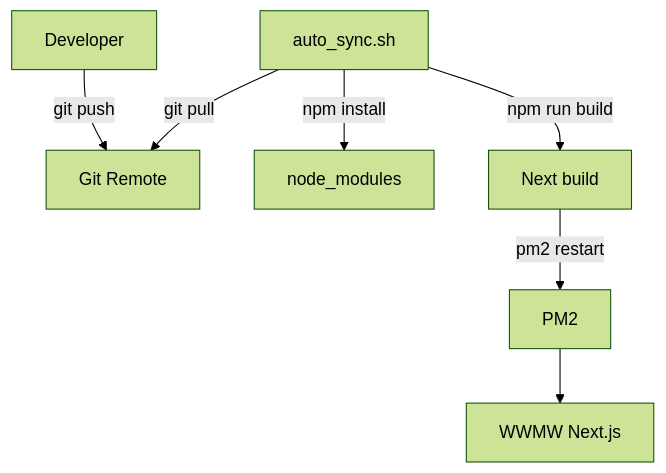
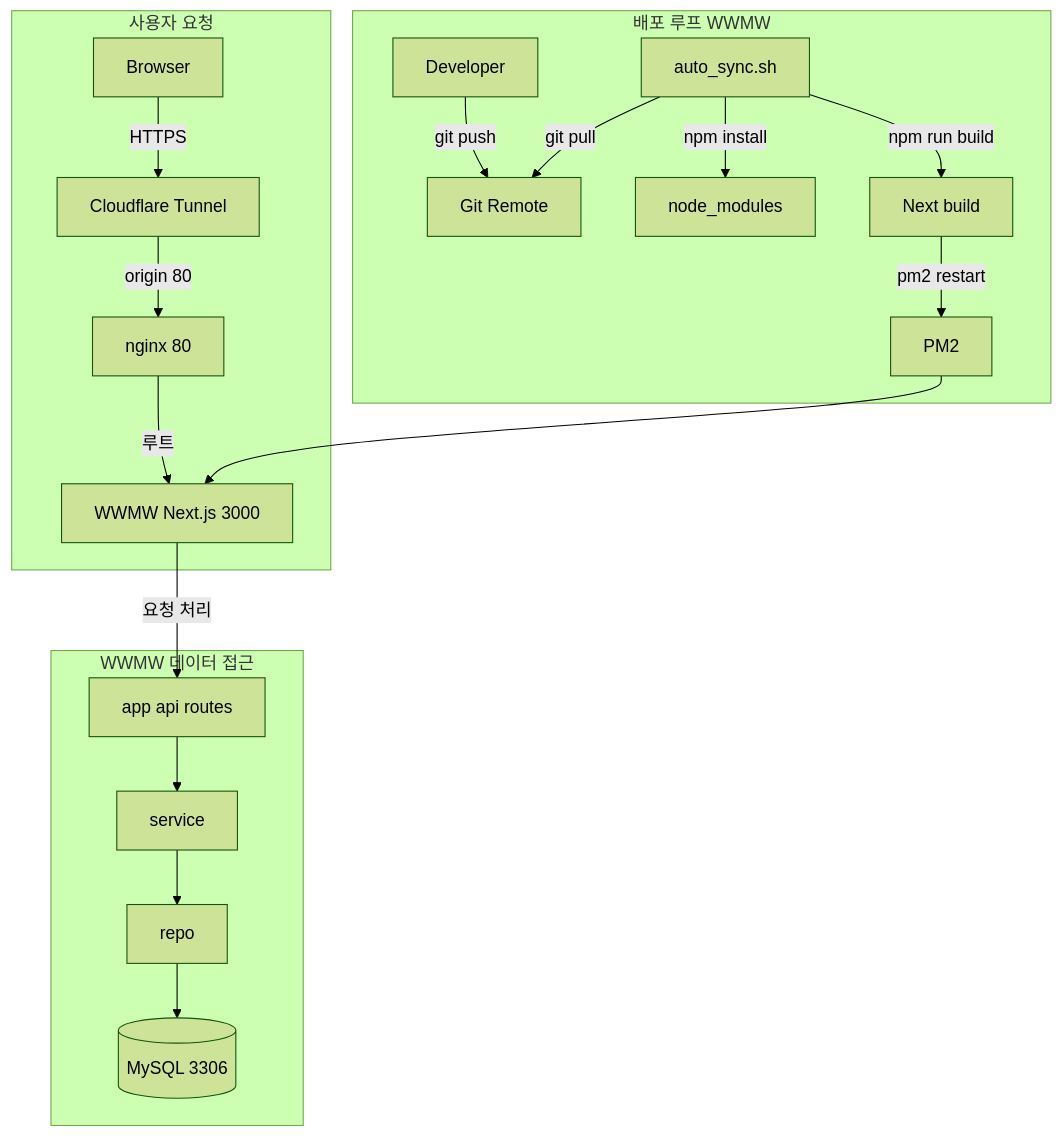
Before and after one commit to NabongsunK/wwmw: the diagram in README.md, drawn with Mermaid (forest theme). The commit also changed other lines of this file, not shown here.

````diff
--- a/README.md
+++ b/README.md
@@ -29,9 +38,25 @@
 ```mermaid
 flowchart TB
-  dev[Developer] -->|git push| gitRemote[Git Remote]
-  sync[auto_sync.sh] -->|git pull| gitRemote
-  sync -->|npm install| deps[node_modules]
-  sync -->|npm run build| build[Next build]
-  build -->|pm2 restart| pm2[PM2]
-  pm2 --> wwmwApp[WWMW Next.js]
+  subgraph traffic[사용자 요청]
+    user[Browser] -->|HTTPS| cf[Cloudflare Tunnel]
+    cf -->|origin 80| nginx[nginx 80]
+    nginx -->|루트| wwmw[WWMW Next.js 3000]
+  end
+
+  subgraph deploy[배포 루프 WWMW]
+    dev[Developer] -->|git push| gitRemote[Git Remote]
+    sync[auto_sync.sh] -->|git pull| gitRemote
+    sync -->|npm install| deps[node_modules]
+    sync -->|npm run build| build[Next build]
+    build -->|pm2 restart| pm2[PM2]
+    pm2 --> wwmw
+  end
+
+  subgraph dataLayer[WWMW 데이터 접근]
+    api[app api routes] --> svc[service]
+    svc --> repo[repo]
+    repo --> mysql[(MySQL 3306)]
+  end
+
+  wwmw -->|요청 처리| api
 ```
````
